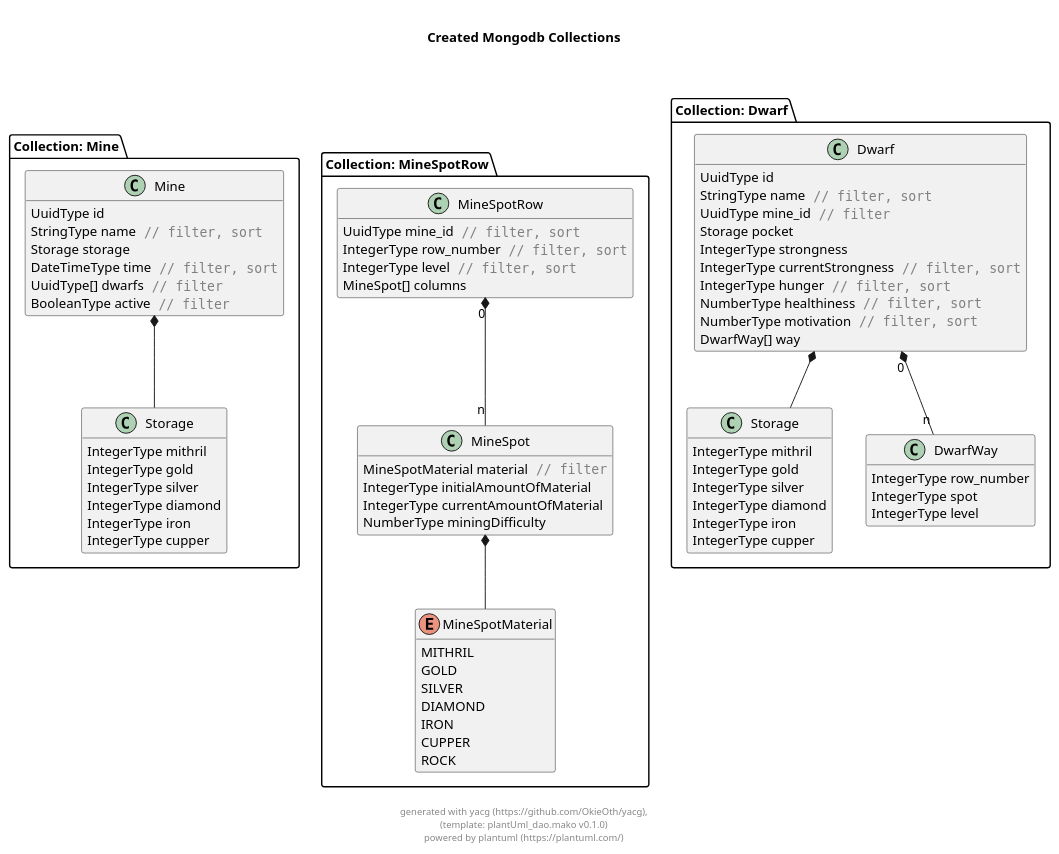
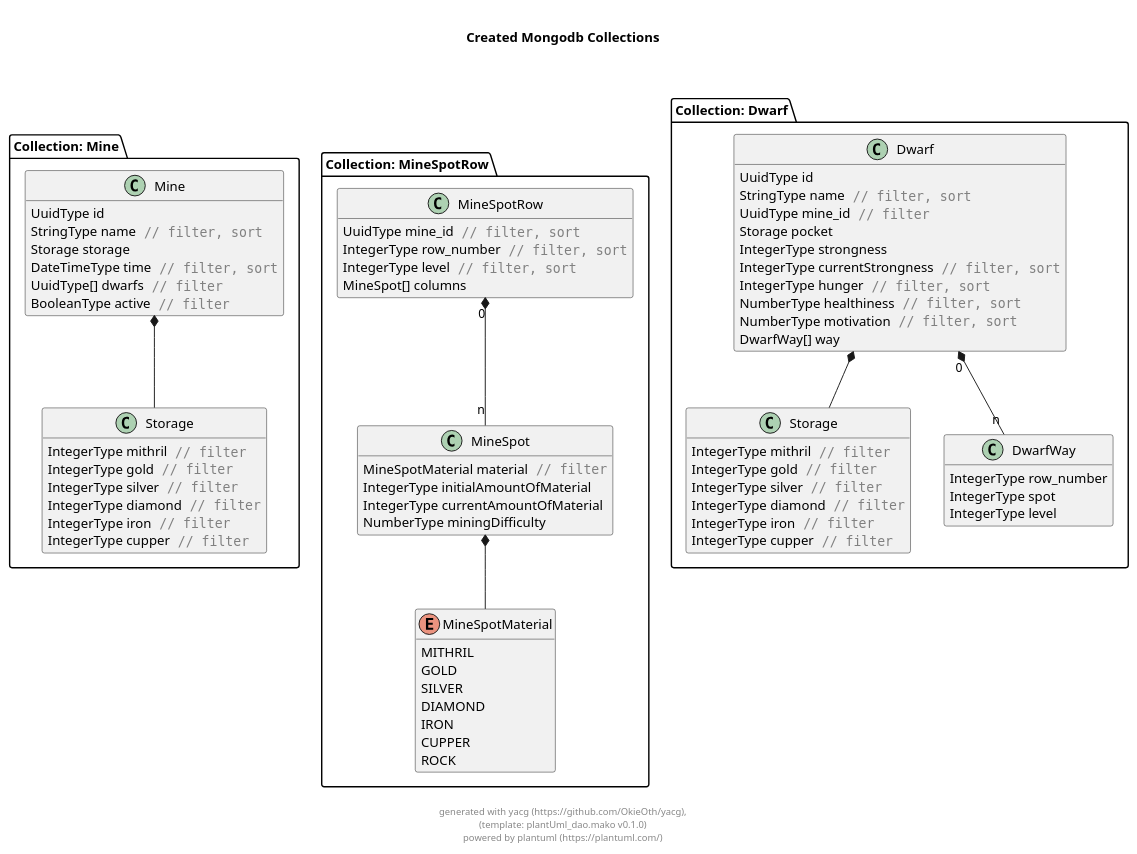
One commit to OkieOth/nibelheim_ts changed the diagram in docs/generated/nibelheim_dao.puml. Above: the diagram before and after it, drawn with PlantUML. The commit also changed 2 other files, not shown here.

```diff
--- a/docs/generated/nibelheim_dao.puml
+++ b/docs/generated/nibelheim_dao.puml
@@ -2,97 +2,97 @@
 @startuml
 hide empty methods
 
 title "\nCreated Mongodb Collections\n\n"
 
 package "Collection: Mine" {
 
     class "Mine" as Mine_Mine {
             UuidType id
             StringType name<color:grey>"" // filter, sort""</color>
             Storage storage
             DateTimeType time<color:grey>"" // filter, sort""</color>
             UuidType[] dwarfs<color:grey>"" // filter""</color>
             BooleanType active<color:grey>"" // filter""</color>
     }
     class "Storage" as Mine_Storage {
-            IntegerType mithril
-            IntegerType gold
-            IntegerType silver
-            IntegerType diamond
-            IntegerType iron
-            IntegerType cupper
+            IntegerType mithril<color:grey>"" // filter""</color>
+            IntegerType gold<color:grey>"" // filter""</color>
+            IntegerType silver<color:grey>"" // filter""</color>
+            IntegerType diamond<color:grey>"" // filter""</color>
+            IntegerType iron<color:grey>"" // filter""</color>
+            IntegerType cupper<color:grey>"" // filter""</color>
     }
 
     Mine_Mine  *--  Mine_Storage
 
 
 }
 package "Collection: MineSpotRow" {
 
     class "MineSpotRow" as MineSpotRow_MineSpotRow {
             UuidType mine_id<color:grey>"" // filter, sort""</color>
             IntegerType row_number<color:grey>"" // filter, sort""</color>
             IntegerType level<color:grey>"" // filter, sort""</color>
             MineSpot[] columns
     }
     class "MineSpot" as MineSpotRow_MineSpot {
             MineSpotMaterial material<color:grey>"" // filter""</color>
             IntegerType initialAmountOfMaterial
             IntegerType currentAmountOfMaterial
             NumberType miningDifficulty
     }
     enum "MineSpotMaterial" as MineSpotRow_MineSpotMaterial {
         MITHRIL
         GOLD
         SILVER
         DIAMOND
         IRON
         CUPPER
         ROCK
     }
 
     MineSpotRow_MineSpotRow "0" *-- "n" MineSpotRow_MineSpot
 
 
     MineSpotRow_MineSpot  *--  MineSpotRow_MineSpotMaterial
 
 
 }
 package "Collection: Dwarf" {
 
     class "Dwarf" as Dwarf_Dwarf {
             UuidType id
             StringType name<color:grey>"" // filter, sort""</color>
             UuidType mine_id<color:grey>"" // filter""</color>
             Storage pocket
             IntegerType strongness
             IntegerType currentStrongness<color:grey>"" // filter, sort""</color>
             IntegerType hunger<color:grey>"" // filter, sort""</color>
             NumberType healthiness<color:grey>"" // filter, sort""</color>
             NumberType motivation<color:grey>"" // filter, sort""</color>
             DwarfWay[] way
     }
     class "Storage" as Dwarf_Storage {
-            IntegerType mithril
-            IntegerType gold
-            IntegerType silver
-            IntegerType diamond
-            IntegerType iron
-            IntegerType cupper
+            IntegerType mithril<color:grey>"" // filter""</color>
+            IntegerType gold<color:grey>"" // filter""</color>
+            IntegerType silver<color:grey>"" // filter""</color>
+            IntegerType diamond<color:grey>"" // filter""</color>
+            IntegerType iron<color:grey>"" // filter""</color>
+            IntegerType cupper<color:grey>"" // filter""</color>
     }
     class "DwarfWay" as Dwarf_DwarfWay {
             IntegerType row_number
             IntegerType spot
             IntegerType level
     }
 
     Dwarf_Dwarf  *--  Dwarf_Storage
 
     Dwarf_Dwarf "0" *-- "n" Dwarf_DwarfWay
 
 
 
 }
 
 footer \ngenerated with yacg (https://github.com/OkieOth/yacg),\n(template: plantUml_dao.mako v0.1.0)\npowered by plantuml (https://plantuml.com/)
 @enduml
```
